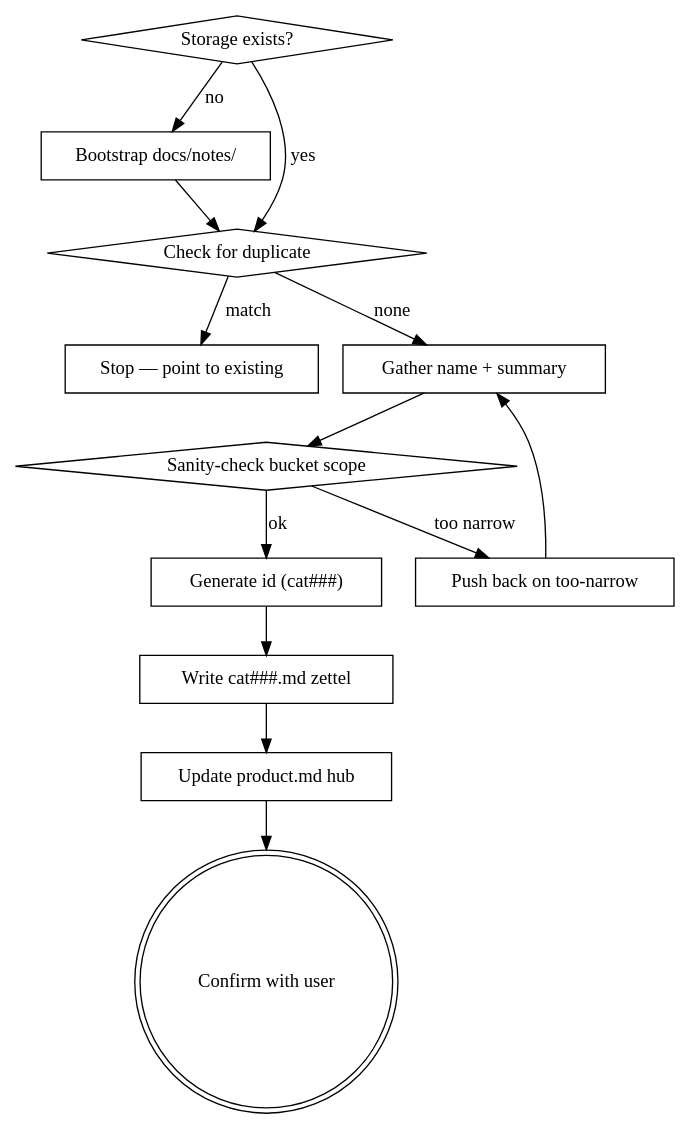
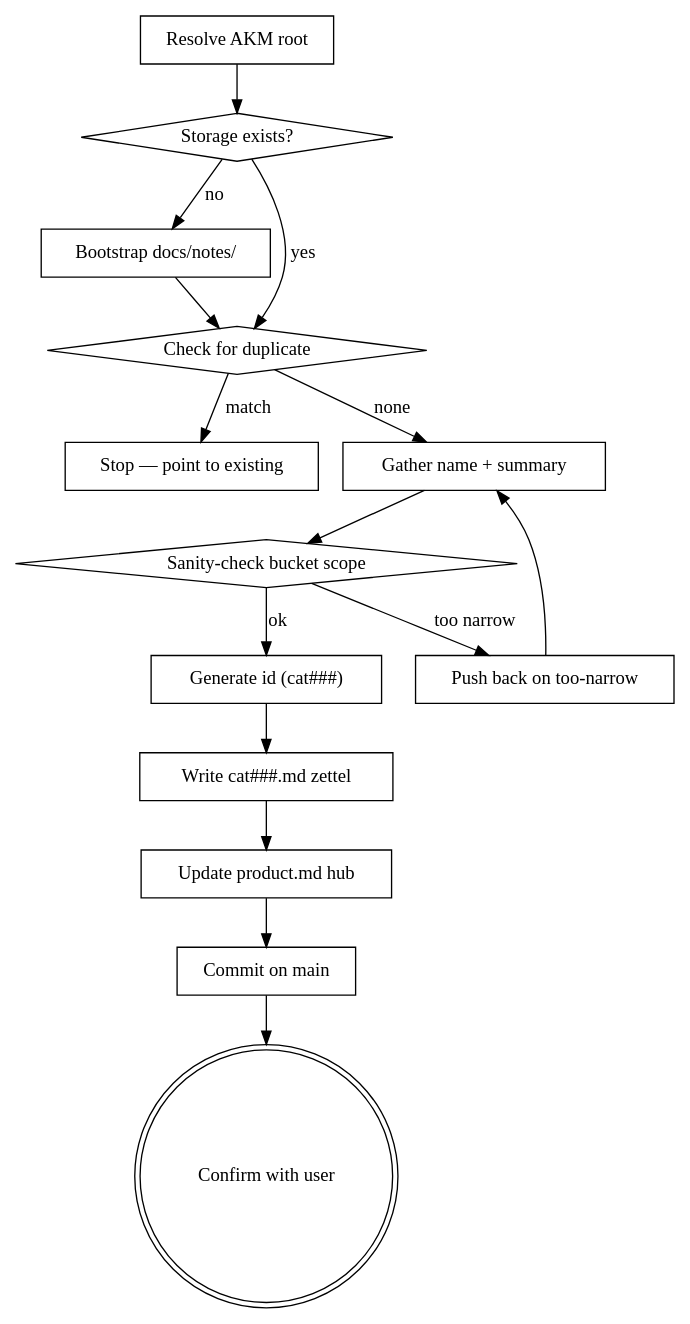
One commit to b3tchi/dotfiles changed the diagram in claude/marketplace/plugins/infinifu/skills/category-write/SKILL.md. Above: the diagram before and after it, drawn with Graphviz. The commit also changed other lines of this file and 53 other files, not shown here.

````diff
--- a/claude/marketplace/plugins/infinifu/skills/category-write/SKILL.md
+++ b/claude/marketplace/plugins/infinifu/skills/category-write/SKILL.md
@@ -46,28 +66,32 @@
 ```dot
 digraph category_create {
+    "Resolve AKM root" [shape=box];
     "Storage exists?" [shape=diamond];
     "Bootstrap docs/notes/" [shape=box];
     "Check for duplicate" [shape=diamond];
     "Stop — point to existing" [shape=box];
     "Gather name + summary" [shape=box];
     "Sanity-check bucket scope" [shape=diamond];
     "Push back on too-narrow" [shape=box];
     "Generate id (cat###)" [shape=box];
     "Write cat###.md zettel" [shape=box];
     "Update product.md hub" [shape=box];
+    "Commit on main" [shape=box];
     "Confirm with user" [shape=doublecircle];
 
+    "Resolve AKM root" -> "Storage exists?";
     "Storage exists?" -> "Bootstrap docs/notes/" [label="no"];
     "Storage exists?" -> "Check for duplicate" [label="yes"];
     "Bootstrap docs/notes/" -> "Check for duplicate";
     "Check for duplicate" -> "Stop — point to existing" [label="match"];
     "Check for duplicate" -> "Gather name + summary" [label="none"];
     "Gather name + summary" -> "Sanity-check bucket scope";
     "Sanity-check bucket scope" -> "Push back on too-narrow" [label="too narrow"];
     "Push back on too-narrow" -> "Gather name + summary";
     "Sanity-check bucket scope" -> "Generate id (cat###)" [label="ok"];
     "Generate id (cat###)" -> "Write cat###.md zettel";
     "Write cat###.md zettel" -> "Update product.md hub";
-    "Update product.md hub" -> "Confirm with user";
+    "Update product.md hub" -> "Commit on main";
+    "Commit on main" -> "Confirm with user";
 }
 ```
````
